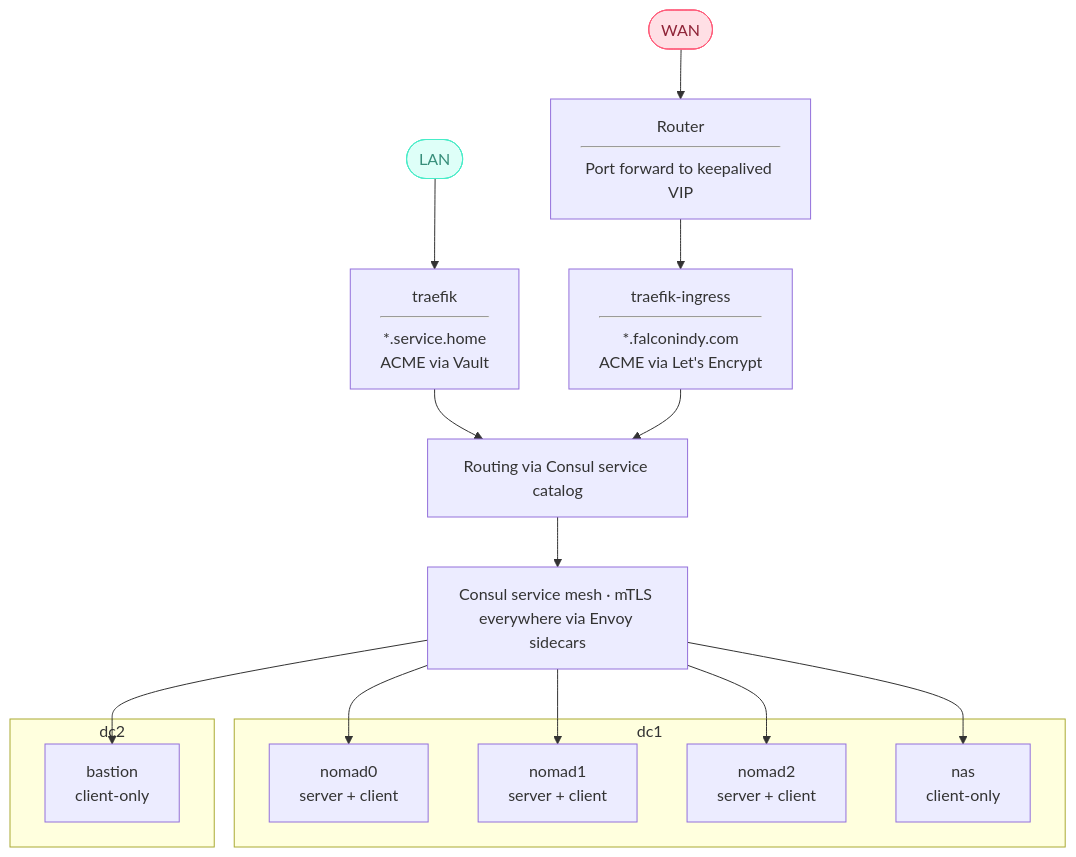
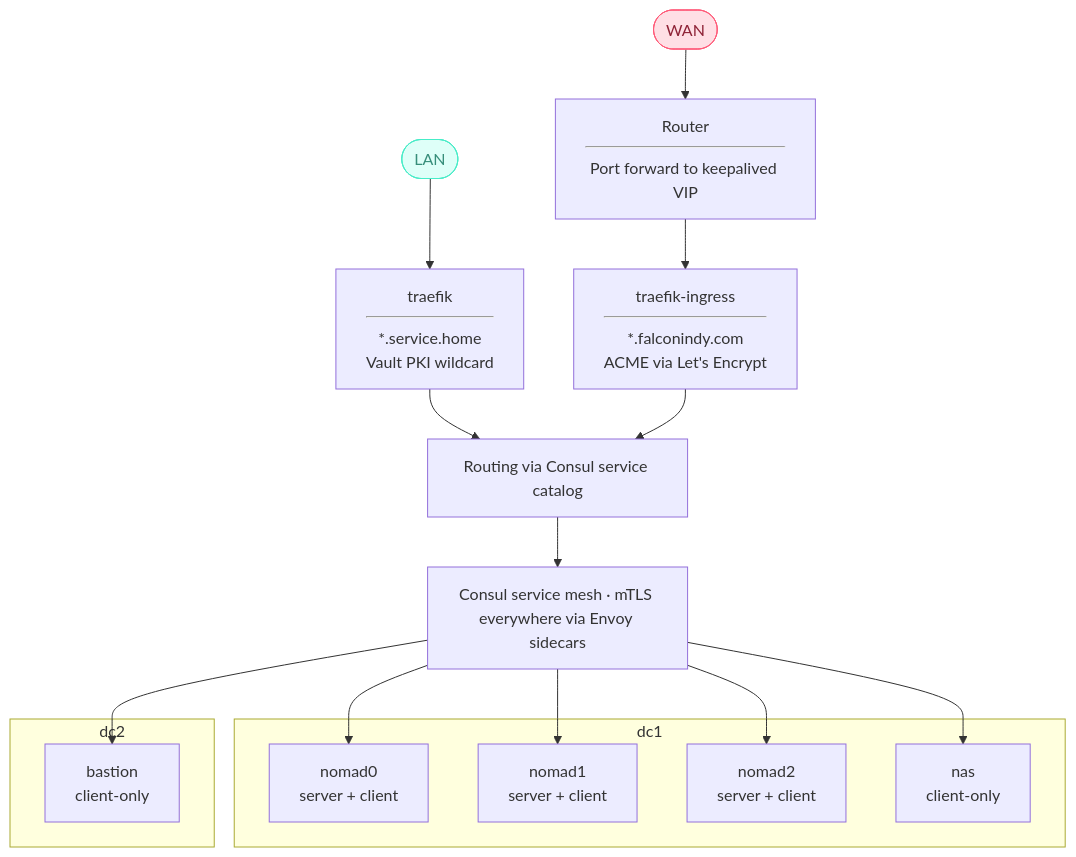
One commit to falconindy/hashilab changed the diagram in README.md. Above: the diagram before and after it, drawn with Mermaid. The commit also changed other lines of this file and 10 other files, not shown here.

````diff
--- a/README.md
+++ b/README.md
@@ -16,36 +16,36 @@
 ```mermaid
 ---
 config:
   theme: default
 ---
 flowchart TB
 subgraph dc1["dc1"]
     nomad0["nomad0<br>server + client"]
     nomad1["nomad1<br>server + client"]
     nomad2["nomad2<br>server + client"]
     nas["nas<br>client-only"]
 end
 subgraph dc2["dc2"]
     bastion["bastion<br>client-only"]
 end
 
 lan(["LAN"])
 wan(["WAN"])
 router["Router<hr>Port forward to keepalived VIP"]
-traefik["traefik<hr>*.service.home<br>ACME via Vault"]
+traefik["traefik<hr>*.service.home<br>Vault PKI wildcard"]
 ingress["traefik-ingress<hr>*.falconindy.com<br>ACME via Let's Encrypt"]
 consul_catalog["Routing via Consul service catalog"]
 mesh["Consul service mesh · mTLS everywhere via Envoy sidecars"]
 
 lan --> traefik
 wan --> router --> ingress
 traefik --> consul_catalog
 ingress --> consul_catalog
 consul_catalog --> mesh
 mesh --> nomad0 & nomad1 & nomad2 & nas & bastion
 
 classDef Aqua stroke-width:1px, stroke-dasharray:none, stroke:#46EDC8, fill:#DEFFF8, color:#378E7A
 classDef Rose stroke-width:1px, stroke-dasharray:none, stroke:#FF5978, fill:#FFDFE5, color:#8E2236
 lan:::Aqua
 wan:::Rose
 ```
````
